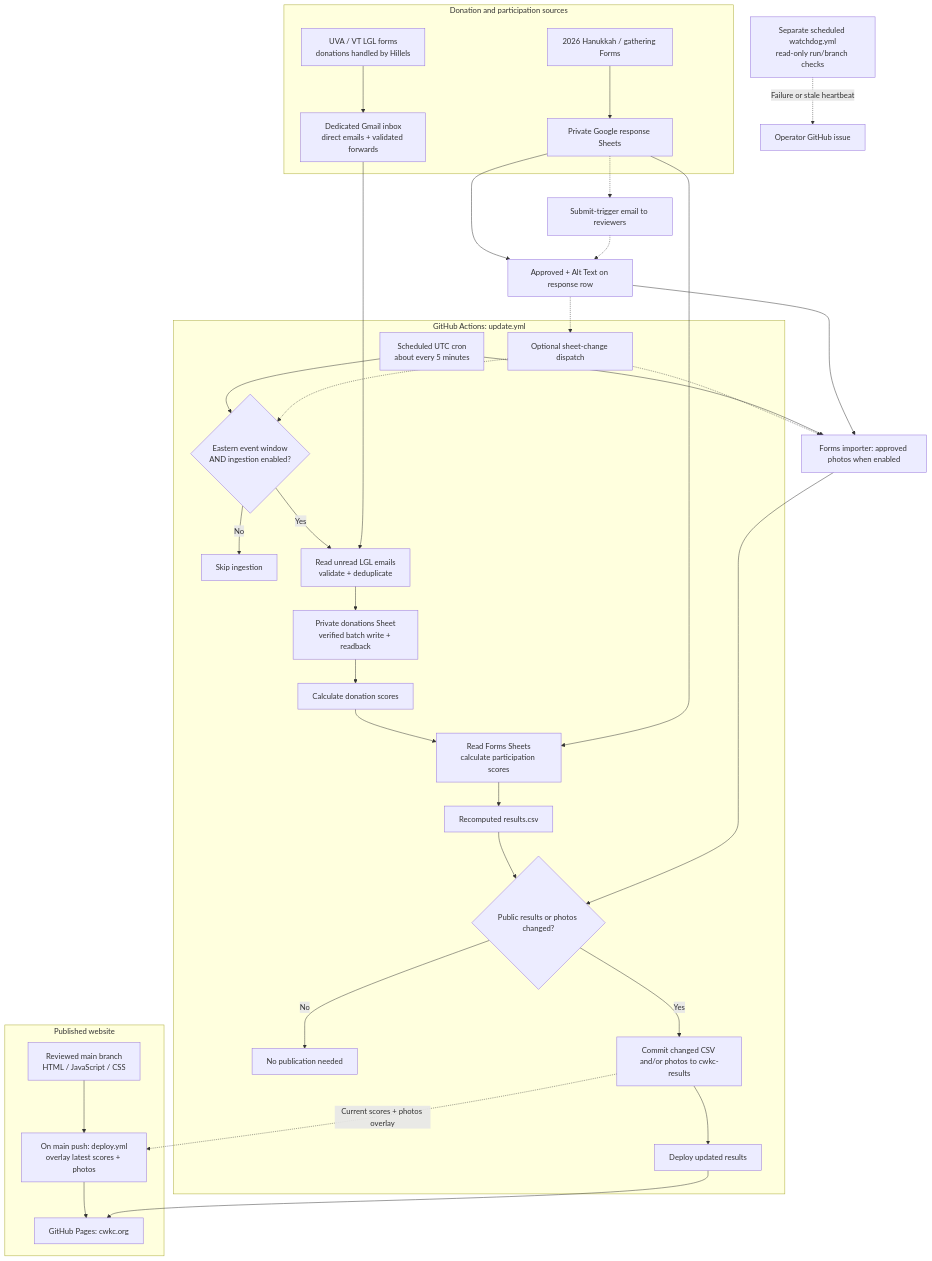
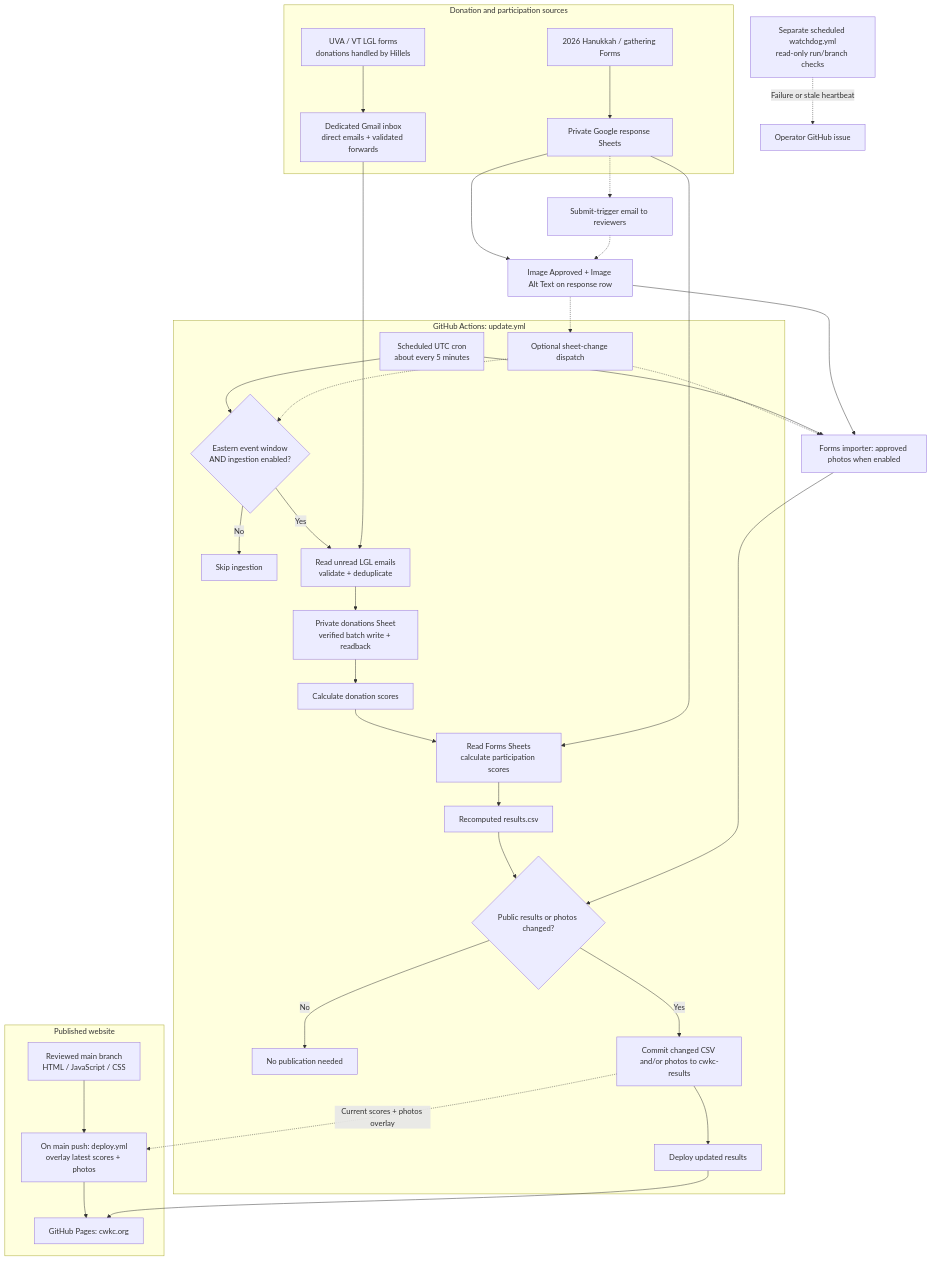
Before and after one commit to msaperst/cwkc-v2: the diagram in README.md, drawn with Mermaid. The commit also changed 5 other files, not shown here.

````diff
--- a/README.md
+++ b/README.md
@@ -18,43 +18,43 @@
 ```mermaid
 flowchart TB
     subgraph sources["Donation and participation sources"]
         LGL["UVA / VT LGL forms<br/>donations handled by Hillels"] --> MAIL["Dedicated Gmail inbox<br/>direct emails + validated forwards"]
         FORMS["2026 Hanukkah / gathering Forms"] --> RESP["Private Google response Sheets"]
     end
 
     subgraph updates["GitHub Actions: update.yml"]
         CRON["Scheduled UTC cron<br/>about every 5 minutes"] --> GATE{"Eastern event window<br/>AND ingestion enabled?"}
         DISPATCH["Optional sheet-change dispatch"] -.-> GATE
         GATE -->|No| SKIP["Skip ingestion"]
         GATE -->|Yes| INGEST["Read unread LGL emails<br/>validate + deduplicate"]
         INGEST --> LEDGER["Private donations Sheet<br/>verified batch write + readback"]
         LEDGER --> SCORE["Calculate donation scores"]
         SCORE --> PARTICIPATION["Read Forms Sheets<br/>calculate participation scores"]
         PARTICIPATION --> CSV["Recomputed results.csv"]
         CSV --> CHANGED{"Public results or photos changed?"}
         CHANGED -->|No| NOCHANGE["No publication needed"]
         CHANGED -->|Yes| DATA["Commit changed CSV and/or photos to cwkc-results"]
         DATA --> RESULTDEPLOY["Deploy updated results"]
     end
 
-    RESP --> APPROVAL["Approved + Alt Text on response row"]
+    RESP --> APPROVAL["Image Approved + Image Alt Text on response row"]
     RESP -.-> REVIEW["Submit-trigger email to reviewers"]
     REVIEW -.-> APPROVAL
     APPROVAL -.-> DISPATCH
     DISPATCH -.-> PHOTOS["Forms importer: approved photos when enabled"]
     CRON --> PHOTOS
     APPROVAL --> PHOTOS
     PHOTOS --> CHANGED
 
     MAIL --> INGEST
     RESP --> PARTICIPATION
 
     subgraph public["Published website"]
         MAIN["Reviewed main branch<br/>HTML / JavaScript / CSS"] --> CODEDEPLOY["On main push: deploy.yml<br/>overlay latest scores + photos"]
         CODEDEPLOY --> PAGES["GitHub Pages: cwkc.org"]
         RESULTDEPLOY --> PAGES
     end
     DATA -.->|Current scores + photos overlay| CODEDEPLOY
 
     WATCH["Separate scheduled watchdog.yml<br/>read-only run/branch checks"] -.->|Failure or stale heartbeat| ISSUE["Operator GitHub issue"]
 ```
````
